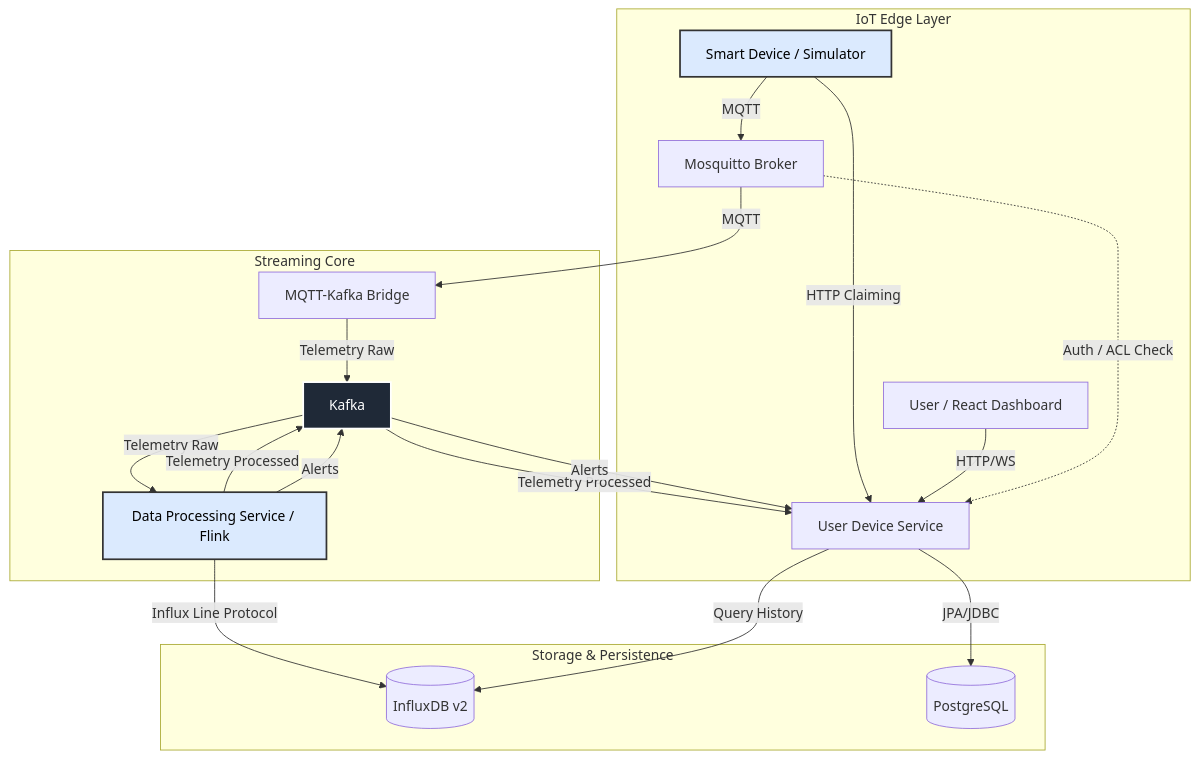
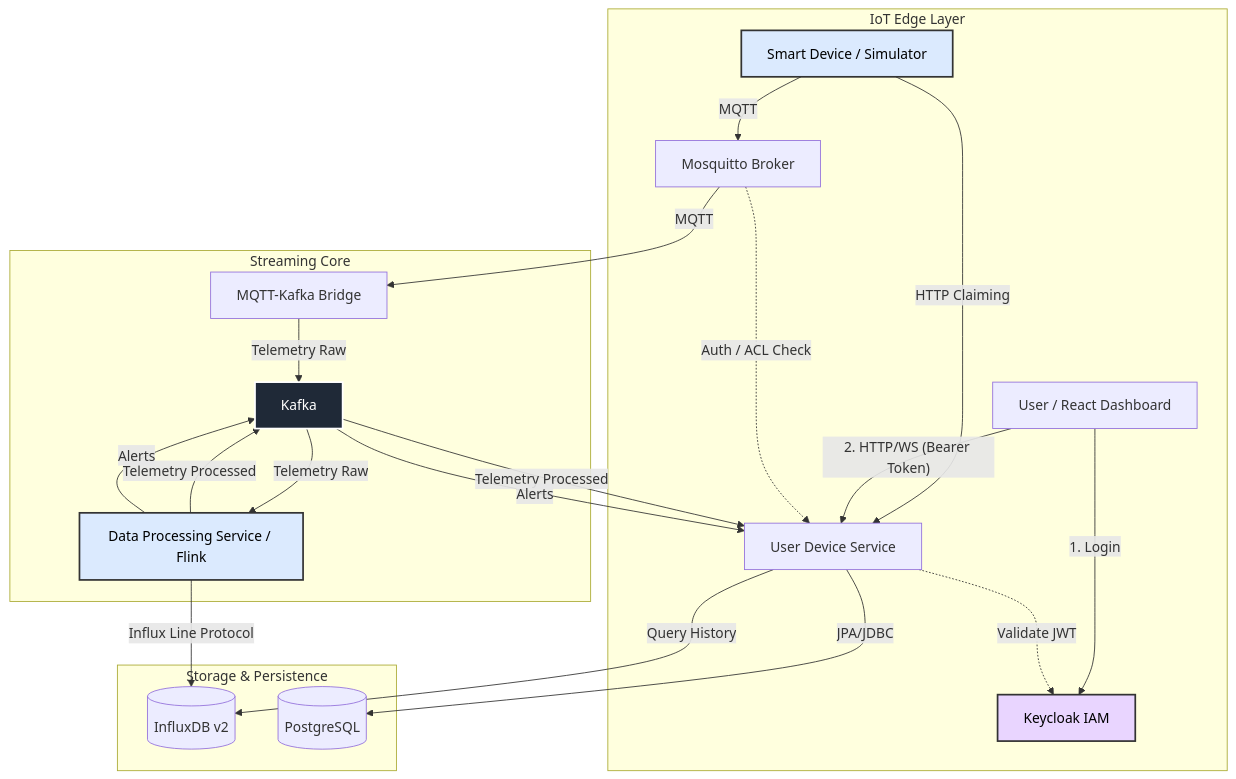
The diagram in README.md (ValeriiBurdulenko/Smart-IoT-Dashboard), drawn with Mermaid before and after one commit.

Commit message:
Integrate Keycloak for user login and JWT validation
Added Keycloak integration for user authentication and JWT validation.

````diff
--- a/README.md
+++ b/README.md
@@ -23,30 +23,35 @@
 ```mermaid
 graph TD
     subgraph Edge_Layer [IoT Edge Layer]
         Device[Smart Device / Simulator] -- MQTT --> Mosquitto[Mosquitto Broker]
         Device -- HTTP Claiming --> APIGateway
-        User[User / React Dashboard] -- HTTP/WS --> APIGateway[User Device Service]
+        
+        User[User / React Dashboard] -- 1. Login --> Keycloak[Keycloak IAM]
+        User -- 2. HTTP/WS (Bearer Token) --> APIGateway[User Device Service]
     end
 
     subgraph Streaming_Core [Streaming Core]
         Mosquitto -. Auth / ACL Check .-> APIGateway
         Mosquitto -- MQTT --> Bridge[MQTT-Kafka Bridge]
         Bridge -- Telemetry Raw --> Kafka
         Kafka -- Telemetry Raw --> DPS[Data Processing Service / Flink]
         DPS -- Telemetry Processed --> Kafka
         DPS -- Alerts --> Kafka
     end
 
     subgraph Storage_Layer [Storage & Persistence]
         DPS -- Influx Line Protocol --> InfluxDB[(InfluxDB v2)]
         APIGateway -- JPA/JDBC --> Postgres[(PostgreSQL)]
+        APIGateway -. Validate JWT .-> Keycloak
         APIGateway -- Query History --> InfluxDB
         Kafka -- Telemetry Processed --> APIGateway
         Kafka -- Alerts --> APIGateway
     end
 
     style Device fill:#dbeafe,stroke:#333,stroke-width:2px,color:#000
     style DPS fill:#dbeafe,stroke:#333,stroke-width:2px,color:#000
-
+    
     style Kafka fill:#1f2937,stroke:#fff,stroke-width:2px,color:#fff
+    
+    style Keycloak fill:#e9d5ff,stroke:#333,stroke-width:2px,color:#000
 ```
````
